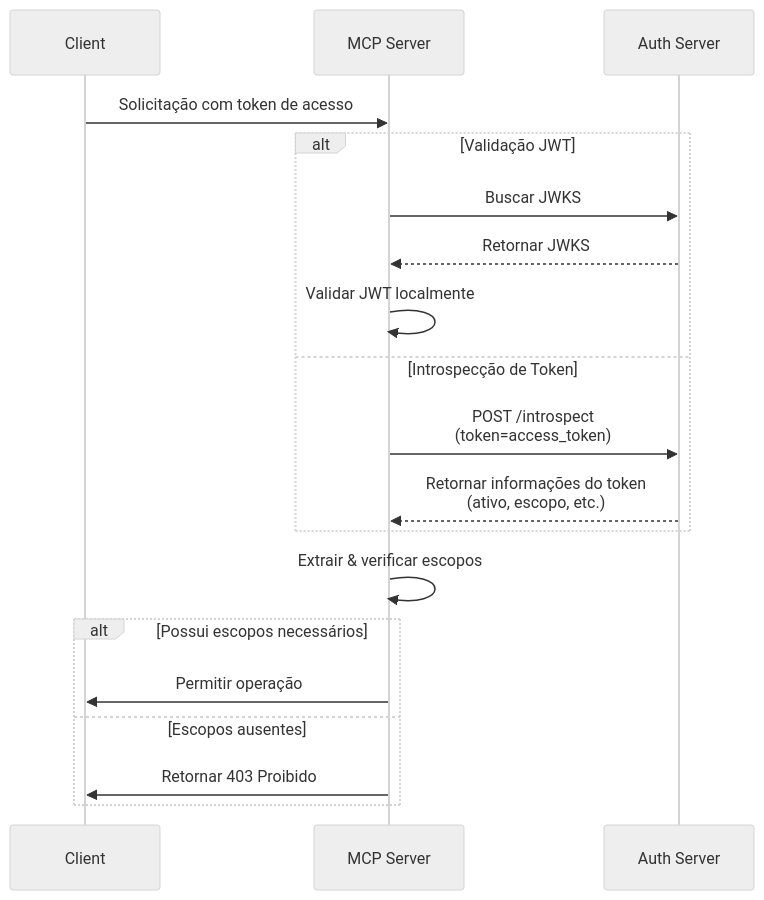
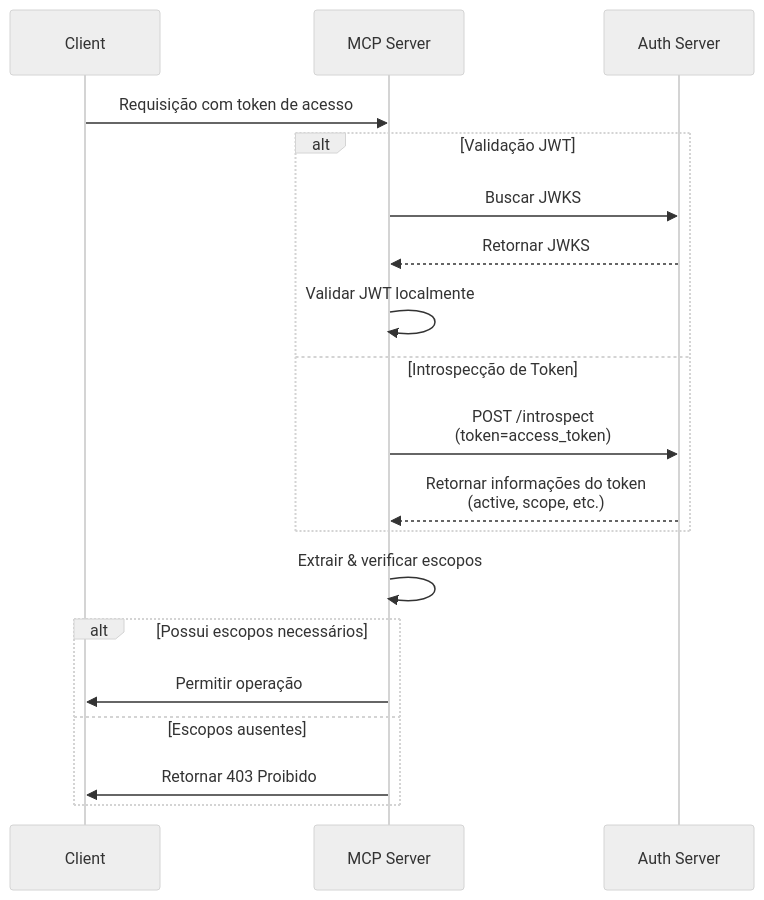
Before and after one commit to mcp-auth/docs: the second of 2 diagrams in i18n/pt-BR/docusaurus-plugin-content-docs/current/tutorials/todo-manager/README.mdx, drawn with Mermaid (neutral theme). The commit also changed other lines of this file and 17 other files, not shown here.

````diff
--- a/i18n/pt-BR/docusaurus-plugin-content-docs/current/tutorials/todo-manager/README.mdx
+++ b/i18n/pt-BR/docusaurus-plugin-content-docs/current/tutorials/todo-manager/README.mdx
@@ -120,25 +159,25 @@
 ```mermaid
 sequenceDiagram
     participant Client
     participant MCP Server
     participant Auth Server
 
-    Client->>MCP Server: Solicitação com token de acesso
+    Client->>MCP Server: Requisição com token de acesso
 
     alt Validação JWT
         MCP Server->>Auth Server: Buscar JWKS
         Auth Server-->>MCP Server: Retornar JWKS
         MCP Server->>MCP Server: Validar JWT localmente
     else Introspecção de Token
         MCP Server->>Auth Server: POST /introspect<br/>(token=access_token)
-        Auth Server-->>MCP Server: Retornar informações do token<br/>(ativo, escopo, etc.)
+        Auth Server-->>MCP Server: Retornar informações do token<br/>(active, scope, etc.)
     end
 
     MCP Server->>MCP Server: Extrair & verificar escopos
 
     alt Possui escopos necessários
         MCP Server->>Client: Permitir operação
     else Escopos ausentes
         MCP Server->>Client: Retornar 403 Proibido
     end
 ```
````
